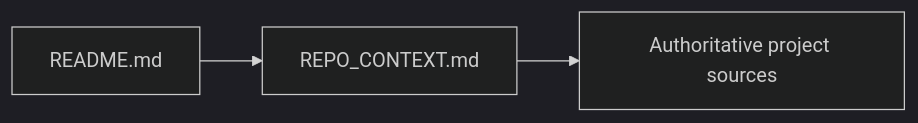
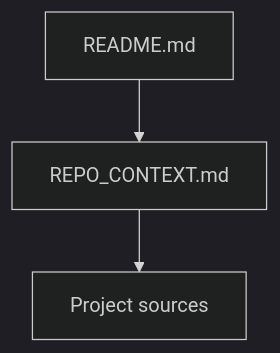
One commit to angel-wm/ai-repository-context changed the diagram in README.md. Above: the diagram before and after it, drawn with Mermaid (dark theme). The commit also changed other lines of this file and 5 other files, not shown here.

````diff
--- a/README.md
+++ b/README.md
@@ -9,5 +9,5 @@
 ```mermaid
-flowchart LR
+flowchart TD
     A["README.md"] --> B["REPO_CONTEXT.md"]
-    B --> C["Authoritative project sources"]
+    B --> C["Project sources"]
 ```
````
